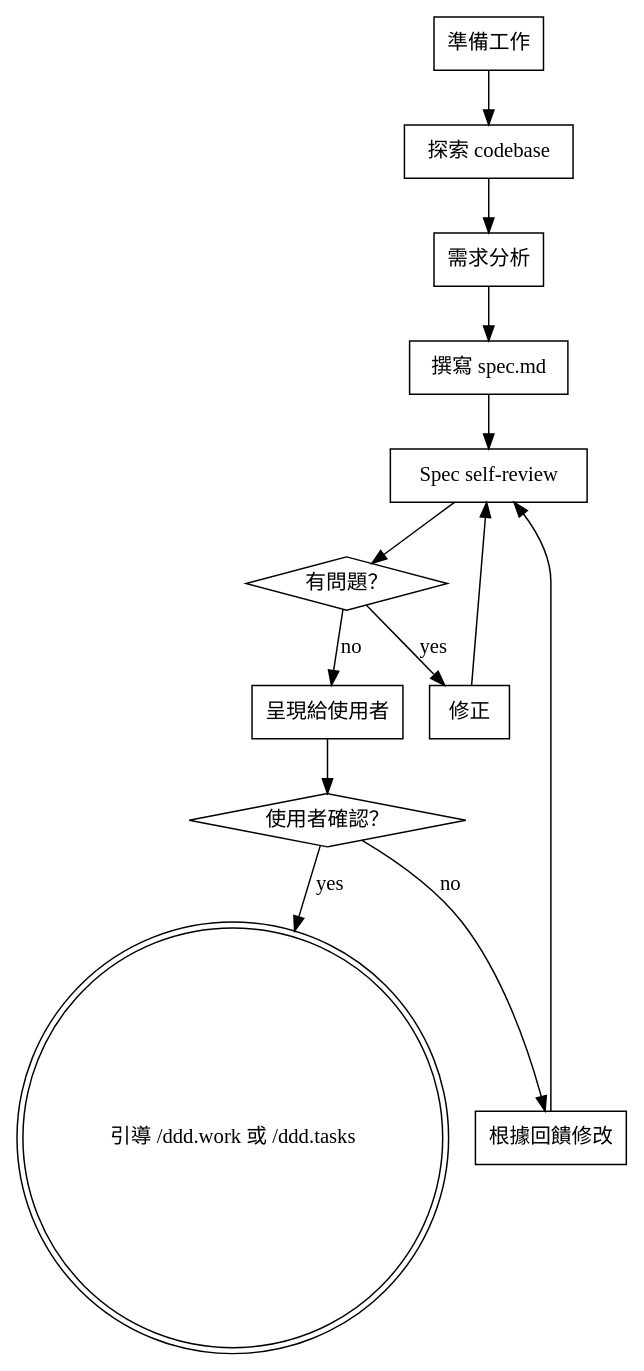
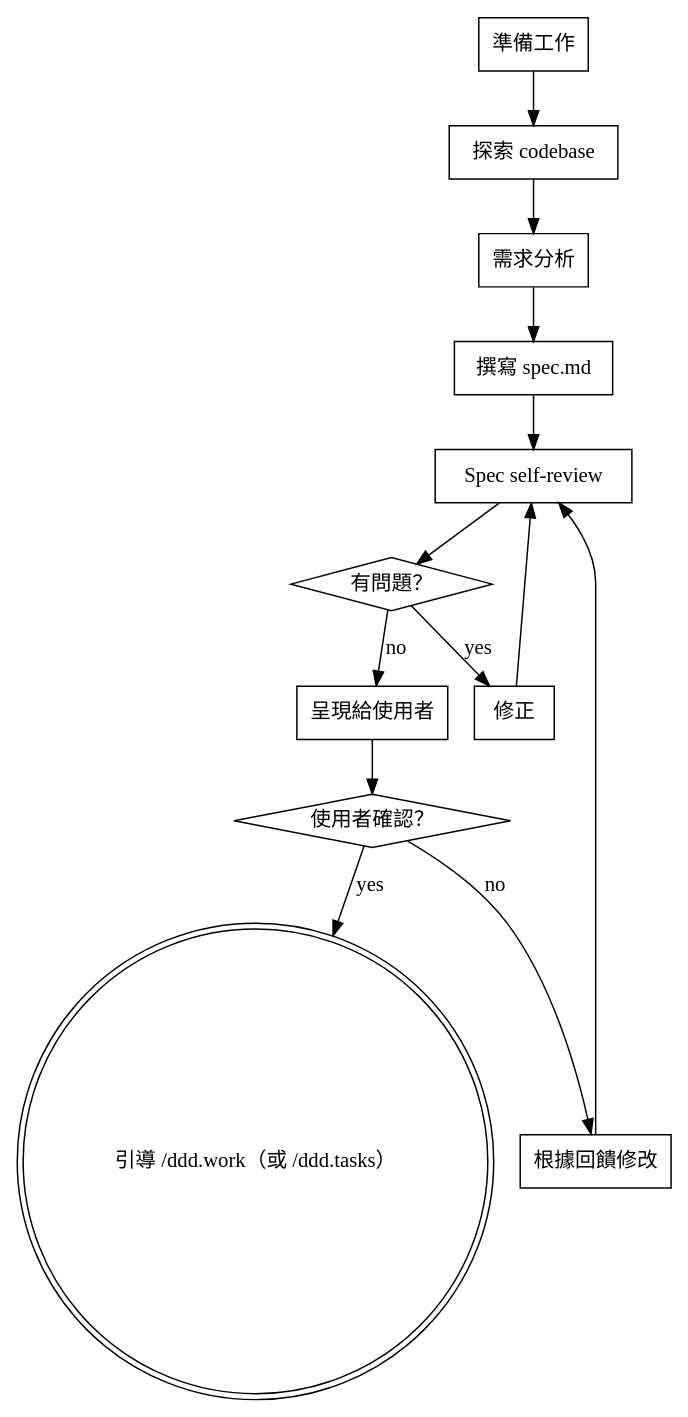
Before and after one commit to applepig/ddd-workflow: the diagram in src/ddd-workflow/skills/ddd.spec/SKILL.md, drawn with Graphviz. The commit also changed other lines of this file and 19 other files, not shown here.

````diff
--- a/src/ddd-workflow/skills/ddd.spec/SKILL.md
+++ b/src/ddd-workflow/skills/ddd.spec/SKILL.md
@@ -33,28 +33,28 @@
 ```dot
 digraph spec_flow {
     "準備工作" [shape=box];
     "探索 codebase" [shape=box];
     "需求分析" [shape=box];
     "撰寫 spec.md" [shape=box];
     "Spec self-review" [shape=box];
     "有問題？" [shape=diamond];
     "修正" [shape=box];
     "呈現給使用者" [shape=box];
     "使用者確認？" [shape=diamond];
     "根據回饋修改" [shape=box];
-    "引導 /ddd.work 或 /ddd.tasks" [shape=doublecircle];
+    "引導 /ddd.work（或 /ddd.tasks）" [shape=doublecircle];
 
     "準備工作" -> "探索 codebase";
     "探索 codebase" -> "需求分析";
     "需求分析" -> "撰寫 spec.md";
     "撰寫 spec.md" -> "Spec self-review";
     "Spec self-review" -> "有問題？";
     "有問題？" -> "修正" [label="yes"];
     "修正" -> "Spec self-review";
     "有問題？" -> "呈現給使用者" [label="no"];
     "呈現給使用者" -> "使用者確認？";
     "使用者確認？" -> "根據回饋修改" [label="no"];
     "根據回饋修改" -> "Spec self-review";
-    "使用者確認？" -> "引導 /ddd.work 或 /ddd.tasks" [label="yes"];
+    "使用者確認？" -> "引導 /ddd.work（或 /ddd.tasks）" [label="yes"];
 }
 ```
````
